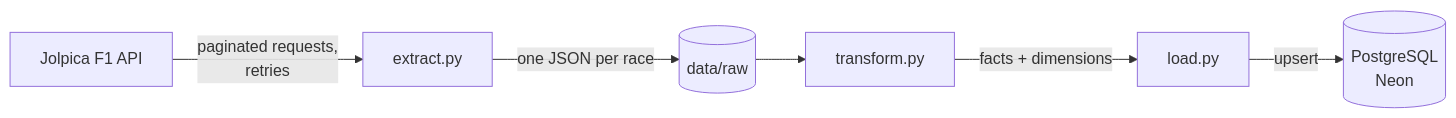
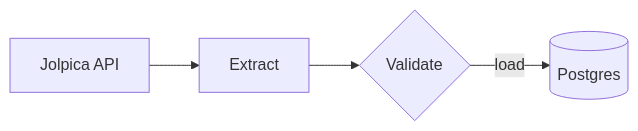
Before and after one commit to ssilvestre95/f1-etl: the first of 2 diagrams in README.md, drawn with Mermaid. The commit also changed other lines of this file, not shown here.

Commit message:
Add dashboard link, screenshot and split pipeline diagram

`````diff
--- a/README.md
+++ b/README.md
@@ -15,8 +18,4 @@
-````mermaid
+```mermaid
 flowchart LR
-    API[Jolpica F1 API] -->|paginated requests,<br/>retries| E[extract.py]
-    E -->|one JSON per race| R[(data/raw)]
-    R --> T[transform.py]
-    T -->|facts + dimensions| L[load.py]
-    L -->|upsert| DB[(PostgreSQL<br/>Neon)]
-````
+    API[Jolpica API] --> E[Extract] --> V{Validate} -->|load| DB[(Postgres)]
+```
`````
